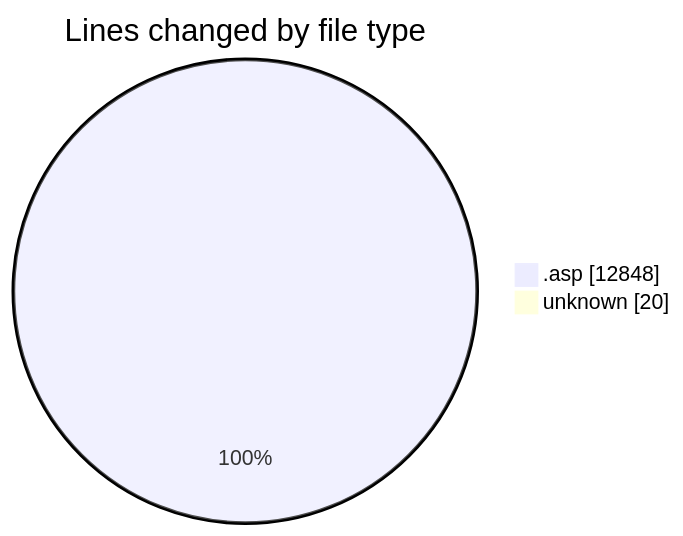
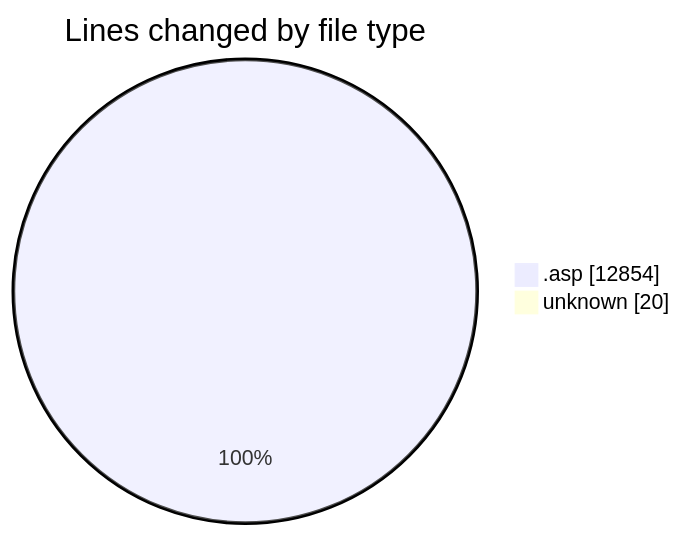
The first of 2 diagrams in 2025-10-27/cdp_aleoudev_fr__workspace_/README.md (julien-gomy/code-tracking), drawn with Mermaid before and after one commit. The commit also changed other lines of this file and 1 other file, not shown here.

````diff
--- a/2025-10-27/cdp_aleoudev_fr__workspace_/README.md
+++ b/2025-10-27/cdp_aleoudev_fr__workspace_/README.md
@@ -33,6 +33,6 @@
 ```mermaid
 pie showData
 title Lines changed by file type
-".asp" : 12848
+".asp" : 12854
 "unknown" : 20
 ```
````
